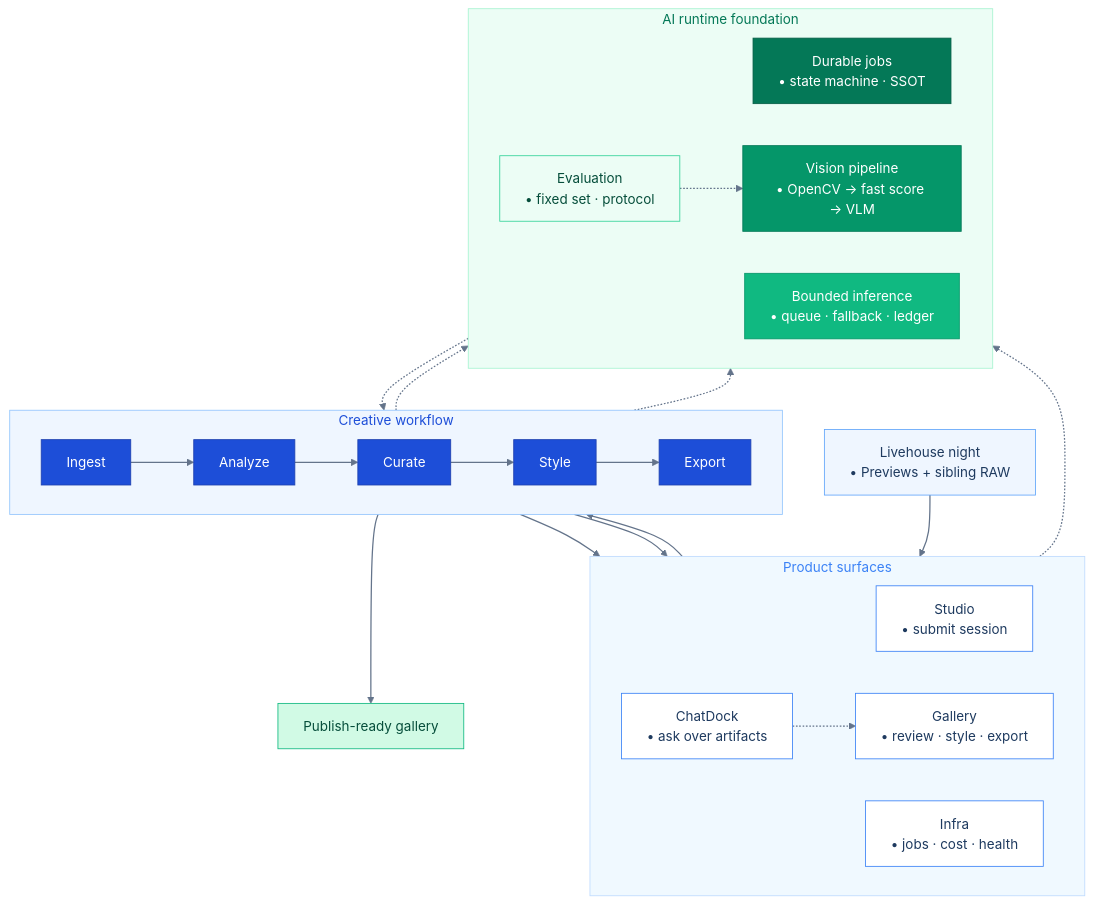
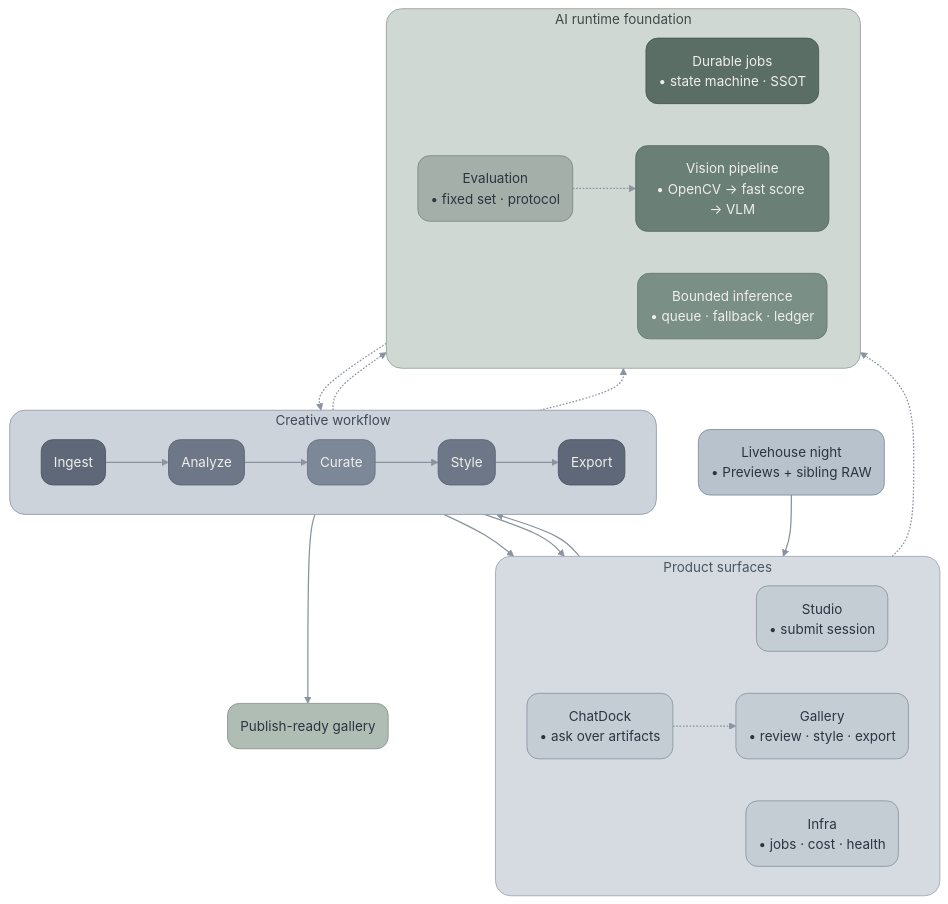
Before and after one commit to postrockicecola/livehouse-photo-agent: the first of 3 diagrams in README.md, drawn with Mermaid.

Commit message:
Restyle README system diagram with rounded Morandi tones.

````diff
--- a/README.md
+++ b/README.md
@@ -19,66 +19,70 @@
 ```mermaid
 flowchart TB
-    classDef night fill:#EFF6FF,stroke:#60A5FA,color:#1E3A5F
-    classDef ui fill:#FFFFFF,stroke:#3B82F6,color:#1E3A5F
-    classDef flow fill:#1D4ED8,stroke:#1E40AF,color:#FFFFFF
-    classDef runtimeDeep fill:#047857,stroke:#065F46,color:#FFFFFF
-    classDef runtimeMid fill:#059669,stroke:#047857,color:#FFFFFF
-    classDef runtimeSoft fill:#10B981,stroke:#059669,color:#FFFFFF
-    classDef eval fill:#ECFDF5,stroke:#34D399,color:#064E3B
-    classDef out fill:#D1FAE5,stroke:#10B981,color:#064E3B
+    classDef night fill:#B7C2CC,stroke:#7E8C9A,color:#2C3440,rx:14,ry:14
+    classDef ui fill:#C4CCD4,stroke:#8A96A3,color:#2C3440,rx:14,ry:14
+    classDef flowDeep fill:#5E6878,stroke:#4A5362,color:#F0EEEA,rx:14,ry:14
+    classDef flowMid fill:#6D7788,stroke:#586273,color:#F0EEEA,rx:14,ry:14
+    classDef flowSoft fill:#7C8797,stroke:#667183,color:#F0EEEA,rx:14,ry:14
+    classDef runtimeDeep fill:#5A6E66,stroke:#465850,color:#F0EEEA,rx:14,ry:14
+    classDef runtimeMid fill:#6A7F76,stroke:#556960,color:#F0EEEA,rx:14,ry:14
+    classDef runtimeSoft fill:#7A8F85,stroke:#657870,color:#F0EEEA,rx:14,ry:14
+    classDef eval fill:#A3AFA8,stroke:#7A8880,color:#2C3440,rx:14,ry:14
+    classDef out fill:#B0BDB5,stroke:#849188,color:#2C3440,rx:14,ry:14
 
-    N["Livehouse night<br/>• Previews + sibling RAW"]
+    N("Livehouse night<br/>• Previews + sibling RAW")
 
     subgraph SURFACES["Product surfaces"]
         direction LR
-        ST["Studio<br/>• submit session"]
-        GA["Gallery<br/>• review · style · export"]
-        CH["ChatDock<br/>• ask over artifacts"]
-        IC["Infra<br/>• jobs · cost · health"]
+        ST("Studio<br/>• submit session")
+        GA("Gallery<br/>• review · style · export")
+        CH("ChatDock<br/>• ask over artifacts")
+        IC("Infra<br/>• jobs · cost · health")
     end
 
     subgraph WORKFLOW["Creative workflow"]
         direction LR
-        W1["Ingest"]
-        W2["Analyze"]
-        W3["Curate"]
-        W4["Style"]
-        W5["Export"]
+        W1("Ingest")
+        W2("Analyze")
+        W3("Curate")
+        W4("Style")
+        W5("Export")
         W1 --> W2 --> W3 --> W4 --> W5
     end
 
     subgraph RUNTIME["AI runtime foundation"]
         direction LR
-        R1["Durable jobs<br/>• state machine · SSOT"]
-        R2["Vision pipeline<br/>• OpenCV → fast score → VLM"]
-        R3["Bounded inference<br/>• queue · fallback · ledger"]
-        R4["Evaluation<br/>• fixed set · protocol"]
+        R1("Durable jobs<br/>• state machine · SSOT")
+        R2("Vision pipeline<br/>• OpenCV → fast score → VLM")
+        R3("Bounded inference<br/>• queue · fallback · ledger")
+        R4("Evaluation<br/>• fixed set · protocol")
     end
 
-    P["Publish-ready gallery"]
+    P("Publish-ready gallery")
 
     N --> ST
     ST --> W1
     W2 -.-> R2
     W2 -.-> R3
     R1 -.-> W2
     W3 --> GA
     W4 --> GA
     CH -.-> GA
     W5 --> P
     IC -.-> R1
     R4 -.-> R2
 
     class N night
     class P out
     class ST,GA,CH,IC ui
-    class W1,W2,W3,W4,W5 flow
+    class W1,W5 flowDeep
+    class W2,W4 flowMid
+    class W3 flowSoft
     class R1 runtimeDeep
     class R2 runtimeMid
     class R3 runtimeSoft
     class R4 eval
-    style SURFACES fill:#F0F9FF,stroke:#BFDBFE,color:#3B82F6
-    style WORKFLOW fill:#EFF6FF,stroke:#93C5FD,color:#1D4ED8
-    style RUNTIME fill:#ECFDF5,stroke:#A7F3D0,color:#047857
-    linkStyle default stroke:#64748B,stroke-width:1.5px
+    style SURFACES fill:#D5DBE1,stroke:#9AA5B2,color:#4A5563,rx:18,ry:18
+    style WORKFLOW fill:#CDD3DB,stroke:#8E99A8,color:#3F4A58,rx:18,ry:18
+    style RUNTIME fill:#D0D8D4,stroke:#8FA09A,color:#3F4A48,rx:18,ry:18
+    linkStyle default stroke:#8A93A0,stroke-width:1.5px
 ```
````
